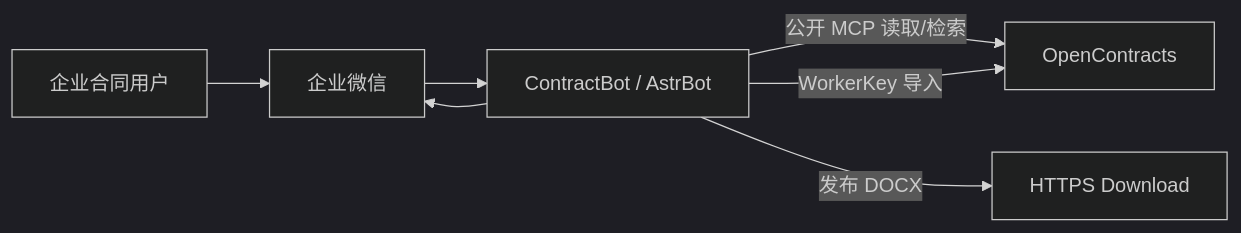
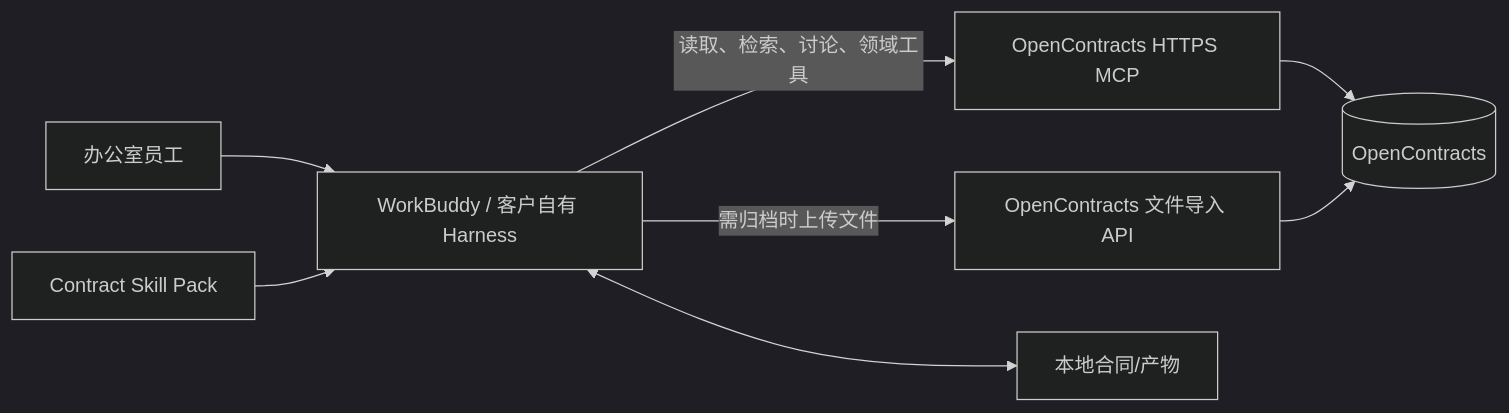
Before and after one commit to Ri0n72Y/ContractBotConfig: the first of 3 diagrams in docs/architecture/system-context.md, drawn with Mermaid (dark theme). The commit also changed other lines of this file and 11 other files, not shown here.

Commit message:
docs: rebuild architecture and specs for WorkBuddy refactor

````diff
--- a/docs/architecture/system-context.md
+++ b/docs/architecture/system-context.md
@@ -9,14 +18,16 @@
 ```mermaid
 flowchart LR
-    User[企业合同用户]
-    WeCom[企业微信]
-    AstrBot[ContractBot / AstrBot]
-    OpenContracts[OpenContracts]
-    Download[HTTPS Download]
+    U[办公室员工]
+    H[WorkBuddy / 客户自有 Harness]
+    S[Contract Skill Pack]
+    MCP[OpenContracts HTTPS MCP]
+    API[OpenContracts 文件导入 API]
+    OC[(OpenContracts)]
+    L[本地合同/产物]
 
-    User --> WeCom --> AstrBot
-    AstrBot -->|公开 MCP 读取/检索| OpenContracts
-    AstrBot -->|WorkerKey 导入| OpenContracts
-    AstrBot -->|发布 DOCX| Download
-    AstrBot --> WeCom
+    U --> H
+    S --> H
+    H -->|读取、检索、讨论、领域工具| MCP --> OC
+    H -->|需归档时上传文件| API --> OC
+    H <--> L
 ```
````
